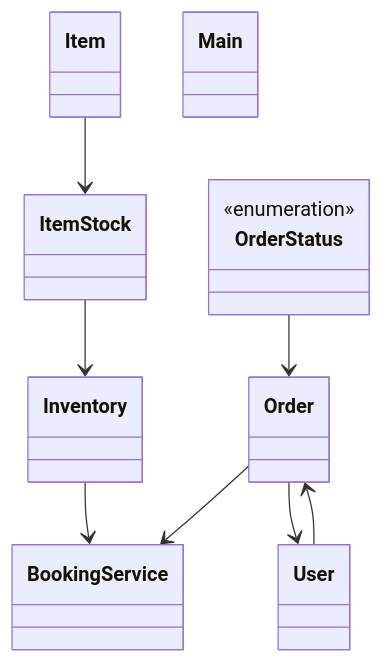
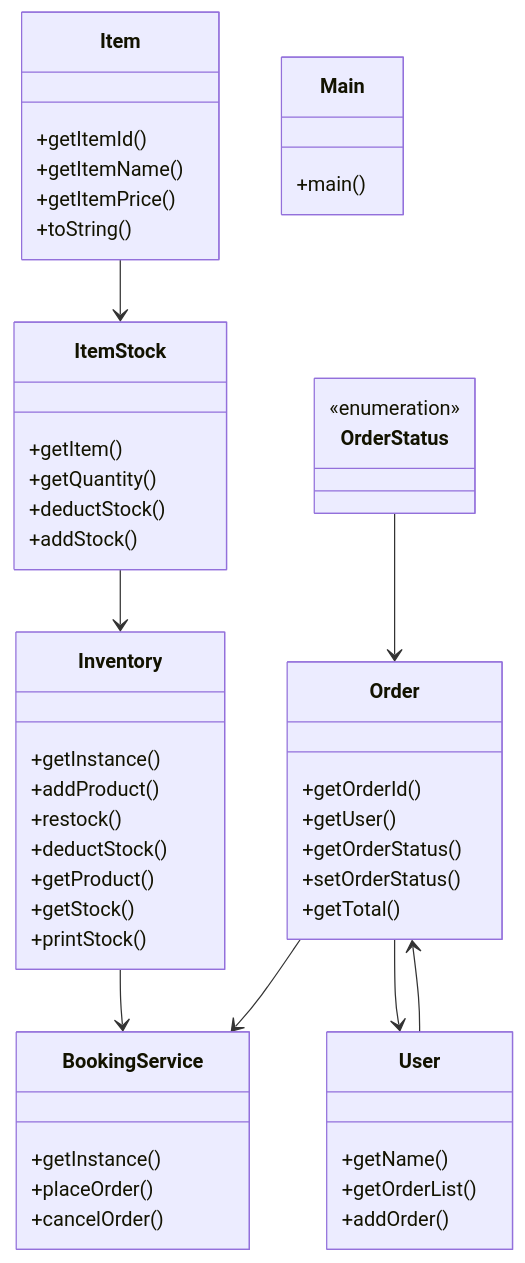
One commit to amanjaiswal30/dsa-solutions changed the diagram in questions/low_level_design/09_order_inventory_management_lld.md. Above: the diagram before and after it, drawn with Mermaid. The commit also changed other lines of this file and 210 other files, not shown here.

````diff
--- a/questions/low_level_design/09_order_inventory_management_lld.md
+++ b/questions/low_level_design/09_order_inventory_management_lld.md
@@ -52,20 +52,54 @@
 ```mermaid
 classDiagram
-    class BookingService
-    class Inventory
-    class Item
-    class ItemStock
-    class Main
-    class Order
+    class BookingService {
+        +getInstance()
+        +placeOrder()
+        +cancelOrder()
+    }
+    class Inventory {
+        +getInstance()
+        +addProduct()
+        +restock()
+        +deductStock()
+        +getProduct()
+        +getStock()
+        +printStock()
+    }
+    class Item {
+        +getItemId()
+        +getItemName()
+        +getItemPrice()
+        +toString()
+    }
+    class ItemStock {
+        +getItem()
+        +getQuantity()
+        +deductStock()
+        +addStock()
+    }
+    class Main {
+        +main()
+    }
+    class Order {
+        +getOrderId()
+        +getUser()
+        +getOrderStatus()
+        +setOrderStatus()
+        +getTotal()
+    }
     class OrderStatus {
         <<enumeration>>
     }
-    class User
+    class User {
+        +getName()
+        +getOrderList()
+        +addOrder()
+    }
     Inventory --> BookingService
     Order --> BookingService
     ItemStock --> Inventory
     Item --> ItemStock
     OrderStatus --> Order
     User --> Order
     Order --> User
 ```
````
